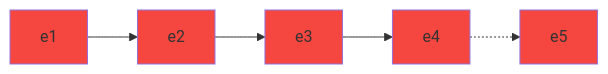
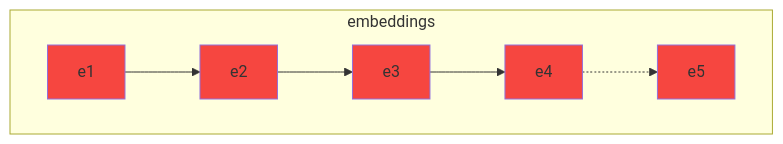
Before and after one commit to mapariel/transformers: the second of 3 diagrams in README.md, drawn with Mermaid. The commit also changed other lines of this file, not shown here.

````diff
--- a/README.md
+++ b/README.md
@@ -18,5 +20,7 @@
 ```mermaid
-flowchart LR;
+flowchart TB;
+    subgraph embeddings;
     e1:::embedding-->e2:::embedding-->e3:::embedding-->e4:::embedding-.->e5:::embedding;
+    end;
     classDef embedding fill:#f64640;
 ```
````
